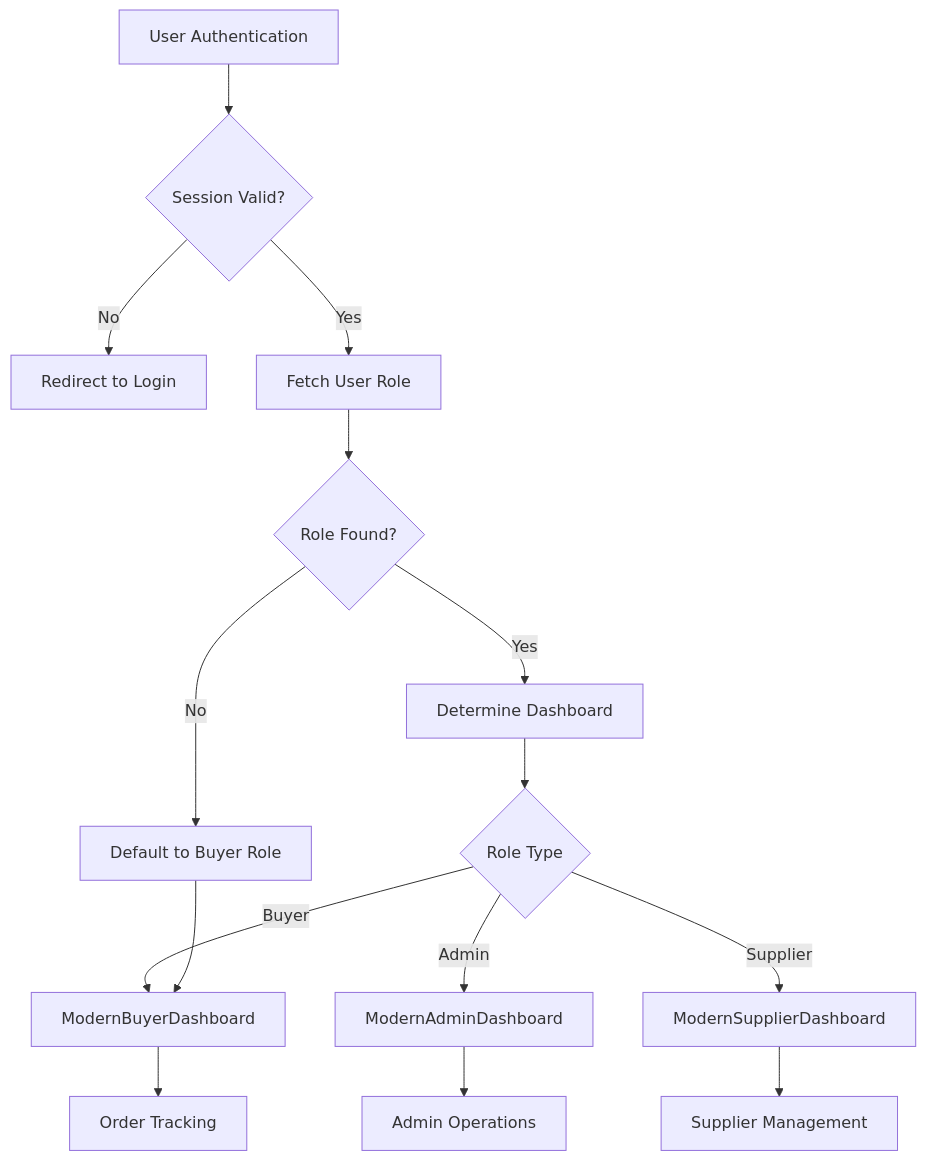
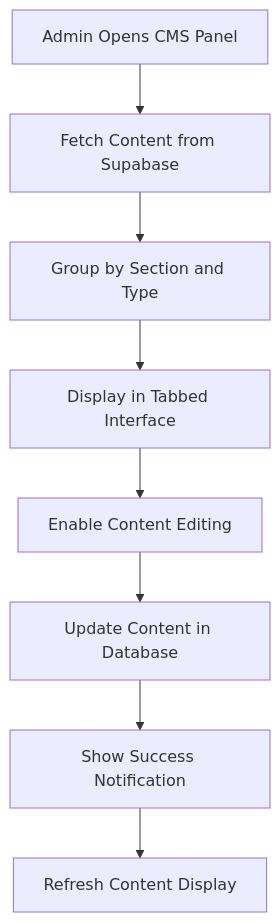
One commit to sleekapparels-admin/sleekapp-v100 changed the fifth of 5 diagrams in .qoder/repowiki/en/content/Core Features/Core Features.md. Above: the diagram before and after it, drawn with Mermaid. The commit also changed other lines of this file and 337 other files, not shown here.

````diff
--- a/.qoder/repowiki/en/content/Core Features/Core Features.md
+++ b/.qoder/repowiki/en/content/Core Features/Core Features.md
@@ -288,17 +210,10 @@
 ```mermaid
 flowchart TD
-A[User Authentication] --> B{Session Valid?}
-B --> |No| C[Redirect to Login]
-B --> |Yes| D[Fetch User Role]
-D --> E{Role Found?}
-E --> |No| F[Default to Buyer Role]
-E --> |Yes| G[Determine Dashboard]
-G --> H{Role Type}
-H --> |Admin| I[ModernAdminDashboard]
-H --> |Supplier| J[ModernSupplierDashboard]
-H --> |Buyer| K[ModernBuyerDashboard]
-F --> K
-I --> L[Admin Operations]
-J --> M[Supplier Management]
-K --> N[Order Tracking]
+A[Admin Opens CMS Panel] --> B[Fetch Content from Supabase]
+B --> C[Group by Section and Type]
+C --> D[Display in Tabbed Interface]
+D --> E[Enable Content Editing]
+E --> F[Update Content in Database]
+F --> G[Show Success Notification]
+G --> H[Refresh Content Display]
 ```
````
